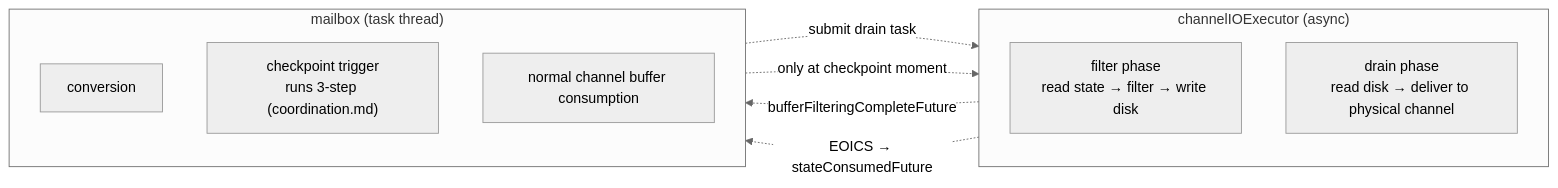
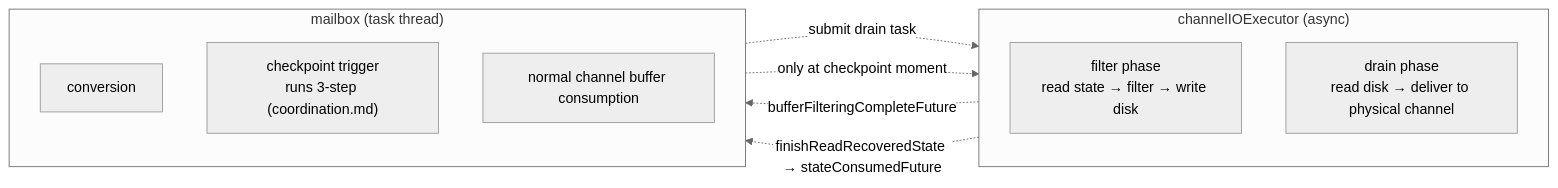
Before and after one commit to 1996fanrui/flink: the second of 2 diagrams in requirements/38544/simplify_approach/overview.md, drawn with Mermaid (neutral theme). The commit also changed other lines of this file and 3 other files, not shown here.

````diff
--- a/requirements/38544/simplify_approach/overview.md
+++ b/requirements/38544/simplify_approach/overview.md
@@ -63,18 +65,18 @@
 ```mermaid
 flowchart LR
     subgraph CIO["channelIOExecutor (async)"]
       direction TB
       F["filter phase<br/>read state → filter → write disk"]
       D["drain phase<br/>read disk → deliver to physical channel"]
     end
     subgraph MB["mailbox (task thread)"]
       direction TB
       C["conversion"]
       CP["checkpoint trigger<br/>runs 3-step (coordination.md)"]
       CN["normal channel buffer consumption"]
     end
     F -.->|bufferFilteringCompleteFuture| C
     C -.->|submit drain task| D
-    D -.->|EOICS → stateConsumedFuture| CN
+    D -.->|finishReadRecoveredState → stateConsumedFuture| CN
     CP -.->|only at checkpoint moment| CIO
 ```
````
